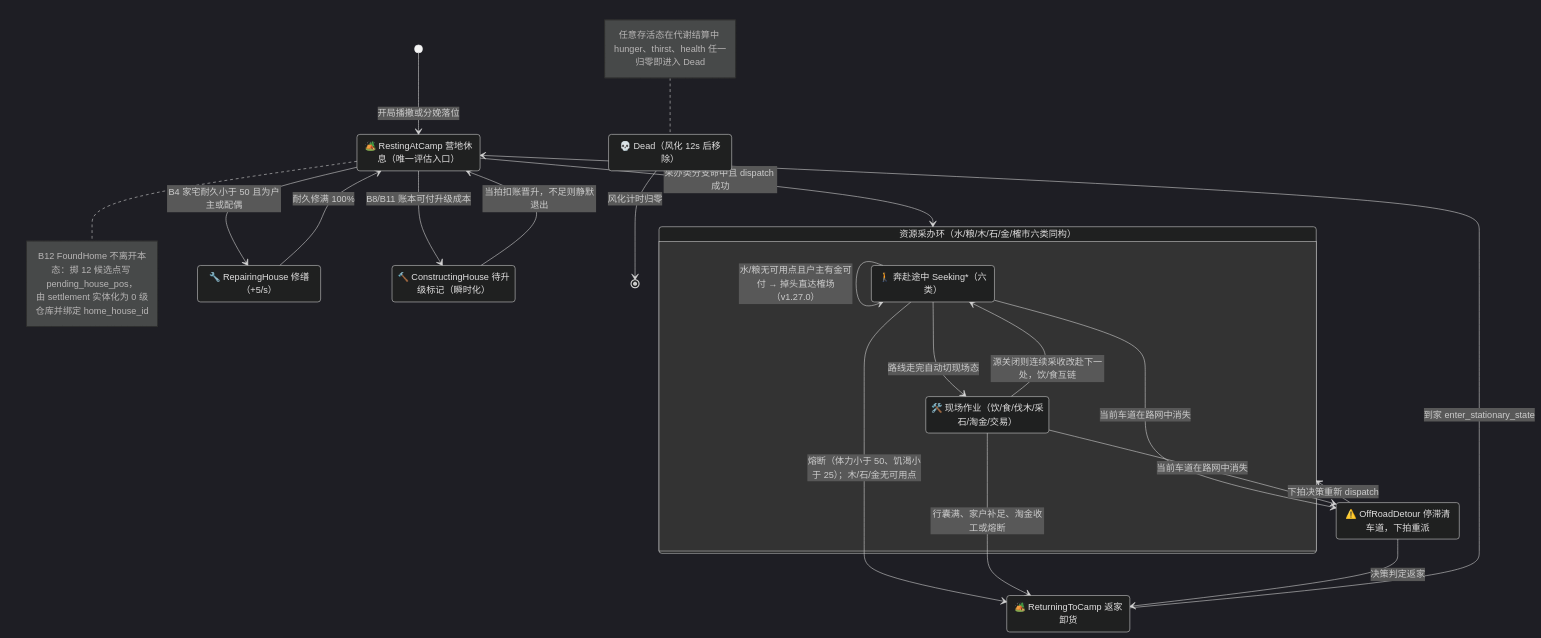
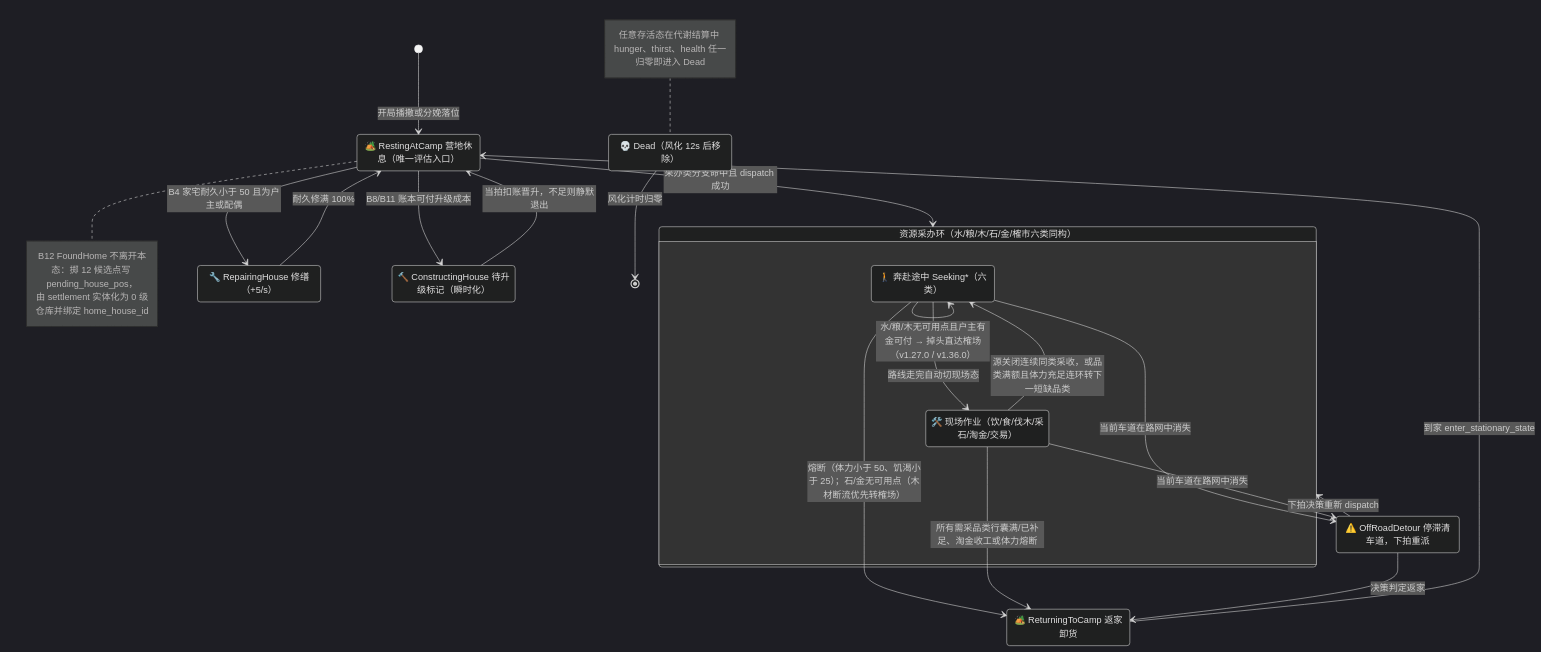
One commit to g39088902/FlowAndAccord changed the first of 2 diagrams in docs/current/06-motivation-ai.md. Above: the diagram before and after it, drawn with Mermaid (dark theme). The commit also changed other lines of this file and 51 other files, not shown here.

````diff
--- a/docs/current/06-motivation-ai.md
+++ b/docs/current/06-motivation-ai.md
@@ -57,44 +58,45 @@
 ```mermaid
 stateDiagram-v2
     direction TB
+
     [*] --> Rest : 开局播撒或分娩落位
 
     state "🏕️ RestingAtCamp 营地休息（唯一评估入口）" as Rest
     note right of Rest
         B12 FoundHome 不离开本态：掷 12 候选点写 pending_house_pos，
         由 settlement 实体化为 0 级仓库并绑定 home_house_id
     end note
 
     state "资源采办环（水/粮/木/石/金/榷市六类同构）" as Loop {
       state "🚶 奔赴途中 Seeking*（六类）" as Going
       state "🛠️ 现场作业（饮/食/伐木/采石/淘金/交易）" as OnSite
       Going --> OnSite : 路线走完自动切现场态
-      OnSite --> Going : 源关闭则连续采收改赴下一处，饮/食互链
+      OnSite --> Going : 源关闭连续同类采收，或品类满额且体力充足连环转下一短缺品类
       Going --> Going : 途中断流原地掉头重路由（严禁瞬移）
     }
 
     Rest --> Loop : 采办类分支命中且 dispatch 成功
-    Going --> Returning : 熔断（体力小于 50、饥渴小于 25）；木/石/金无可用点
-    Going --> Going : 水/粮无可用点且户主有金可付 → 掉头直达榷场（v1.27.0）
-    OnSite --> Returning : 行囊满、家户补足、淘金收工或熔断
+    Going --> Returning : 熔断（体力小于 50、饥渴小于 25）；石/金无可用点（木材断流优先转榷场）
+    Going --> Going : 水/粮/木无可用点且户主有金可付 → 掉头直达榷场（v1.27.0 / v1.36.0）
+    OnSite --> Returning : 所有需采品类行囊满/已补足、淘金收工或体力熔断
     state "🏕️ ReturningToCamp 返家卸货" as Returning
     Returning --> Rest : 到家 enter_stationary_state
 
     Rest --> Repairing : B4 家宅耐久小于 50 且为户主或配偶
     state "🔧 RepairingHouse 修缮（+5/s）" as Repairing
     Repairing --> Rest : 耐久修满 100%
 
     Rest --> Constructing : B8/B11 账本可付升级成本
     state "🔨 ConstructingHouse 待升级标记（瞬时化）" as Constructing
     Constructing --> Rest : 当拍扣账晋升，不足则静默退出
 
     Going --> Detour : 当前车道在路网中消失
     OnSite --> Detour : 当前车道在路网中消失
     state "⚠️ OffRoadDetour 停滞清车道，下拍重派" as Detour
     Detour --> Loop : 下拍决策重新 dispatch
     Detour --> Returning : 决策判定返家
 
     state "💀 Dead（风化 12s 后移除）" as Dead
     note left of Dead : 任意存活态在代谢结算中 hunger、thirst、health 任一归零即进入 Dead
     Dead --> [*] : 风化计时归零
 ```
````
